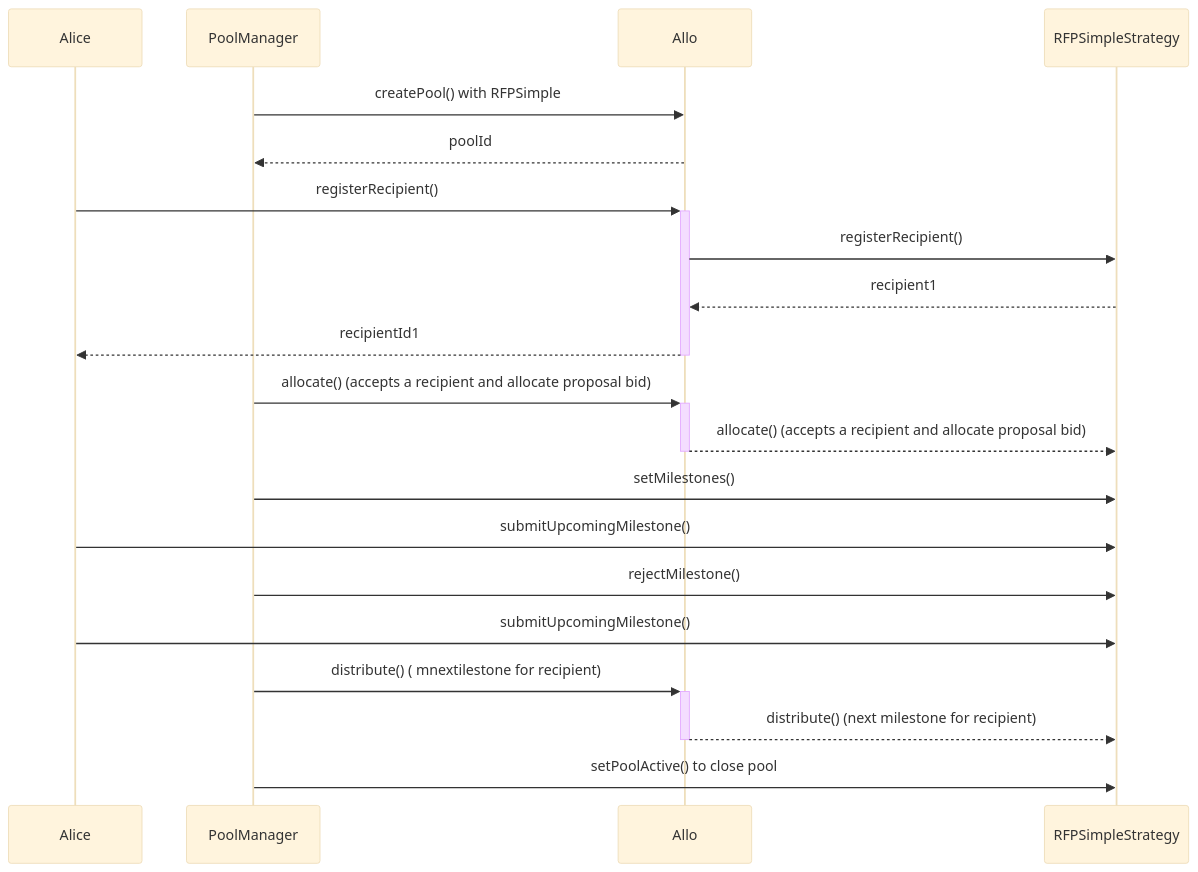
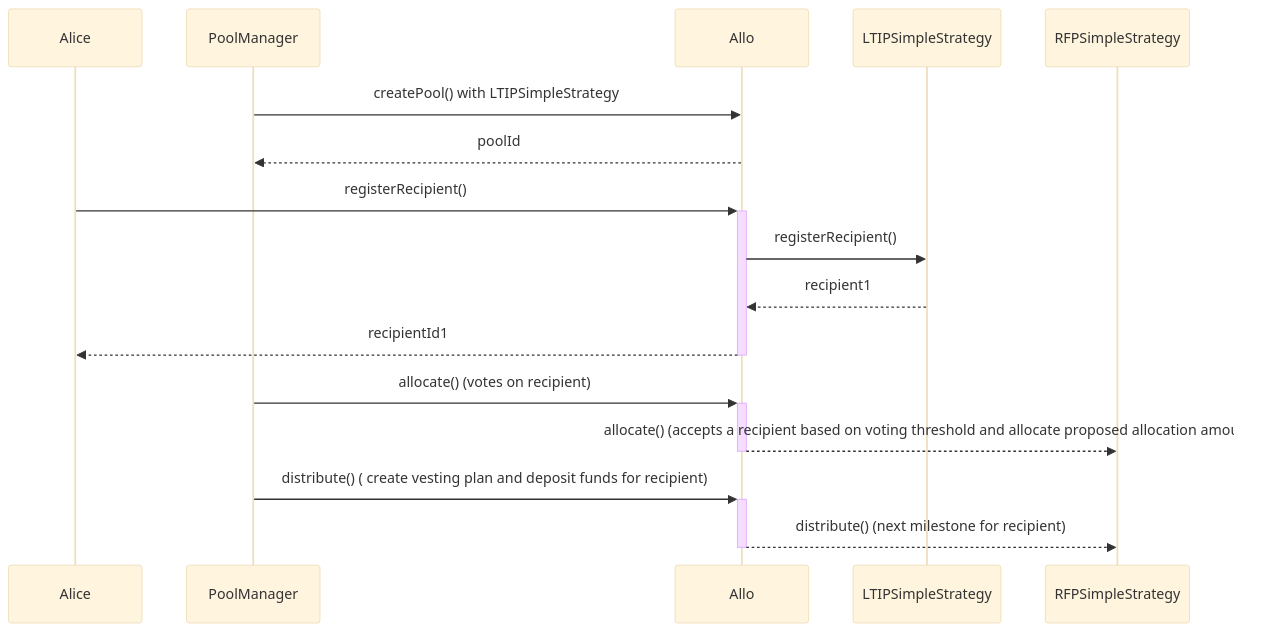
Before and after one commit to allo-protocol/allo-v2: the diagram in contracts/strategies/ltip-simple/README.md, drawn with Mermaid (base theme). The commit also changed other lines of this file and 1 other file, not shown here.

````diff
--- a/contracts/strategies/ltip-simple/README.md
+++ b/contracts/strategies/ltip-simple/README.md
@@ -33,23 +29,18 @@
 ```mermaid
 sequenceDiagram
     participant Alice
     participant PoolManager
     participant Allo
-    participant RFPSimpleStrategy
+    participant LTIPSimpleStrategy
 
-    PoolManager->>Allo: createPool() with RFPSimple
+    PoolManager->>Allo: createPool() with LTIPSimpleStrategy
     Allo-->>PoolManager: poolId
     Alice->>+Allo: registerRecipient()
-    Allo->>RFPSimpleStrategy: registerRecipient()
-    RFPSimpleStrategy-->>Allo: recipient1
+    Allo->>LTIPSimpleStrategy: registerRecipient()
+    LTIPSimpleStrategy-->>Allo: recipient1
     Allo-->>-Alice: recipientId1
-    PoolManager->>+Allo: allocate() (accepts a recipient and allocate proposal bid)
-    Allo-->>-RFPSimpleStrategy: allocate() (accepts a recipient and allocate proposal bid)
-    PoolManager->> RFPSimpleStrategy: setMilestones()
-    Alice->> RFPSimpleStrategy: submitUpcomingMilestone()
-    PoolManager->> RFPSimpleStrategy: rejectMilestone()
-    Alice->> RFPSimpleStrategy: submitUpcomingMilestone()
-    PoolManager->>+Allo: distribute() ( mnextilestone for recipient)
+    PoolManager->>+Allo: allocate() (votes on recipient)
+    Allo-->>-RFPSimpleStrategy: allocate() (accepts a recipient based on voting threshold and allocate proposed allocation amount)
+    PoolManager->>+Allo: distribute() ( create vesting plan and deposit funds for recipient)
     Allo-->>-RFPSimpleStrategy: distribute() (next milestone for recipient)
-    PoolManager->>RFPSimpleStrategy: setPoolActive() to close pool
 ```
````
